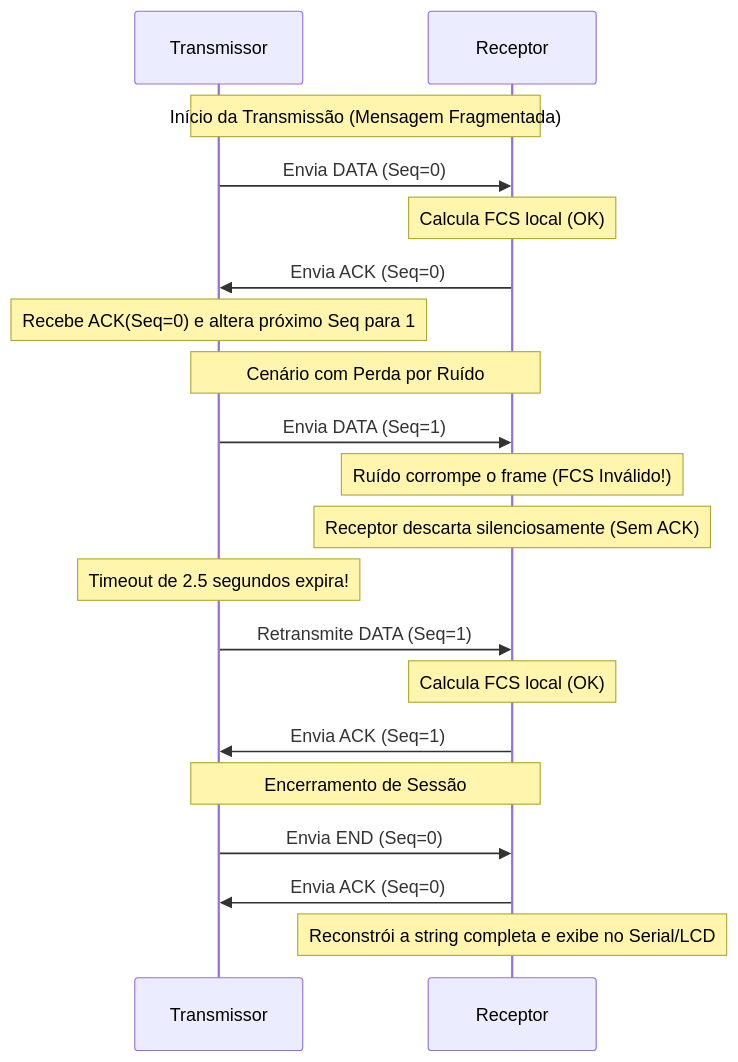
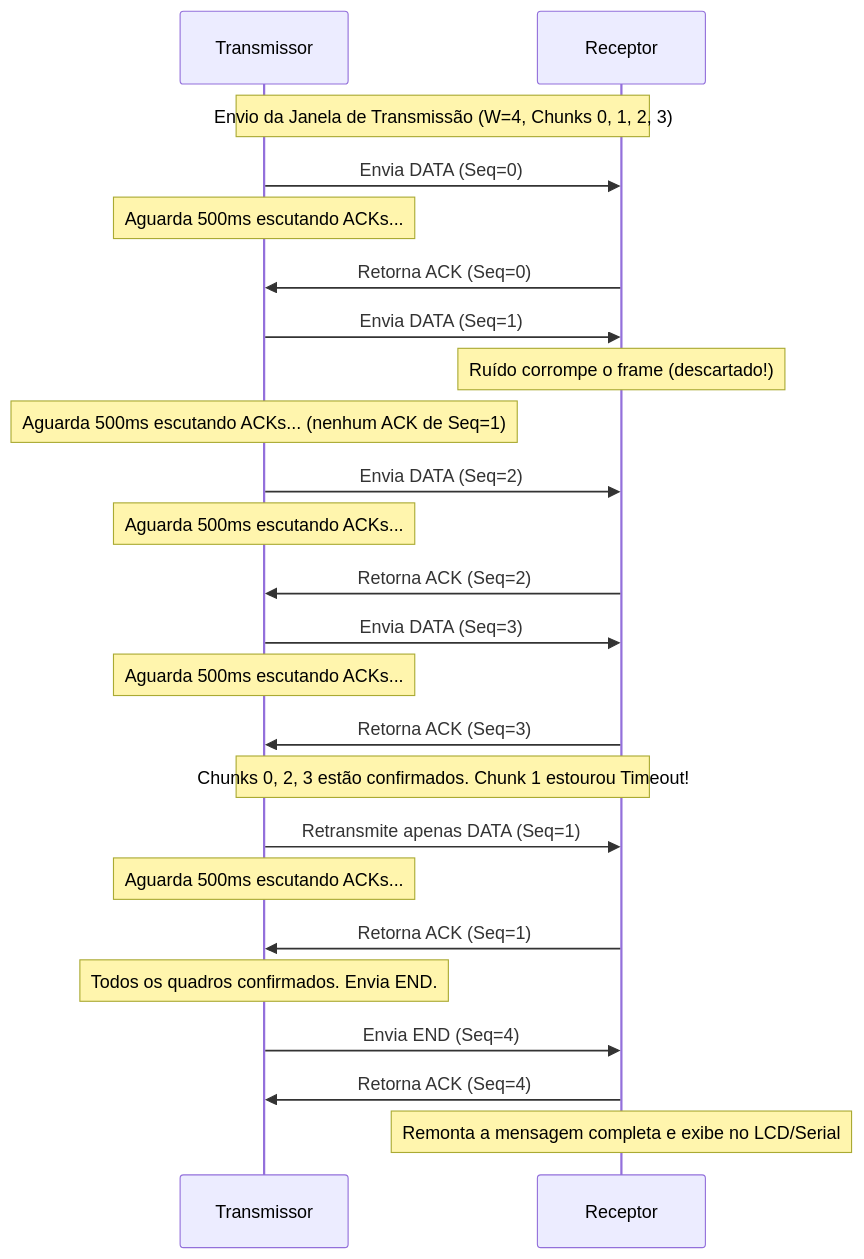
The diagram in docs/protocolo.md (mateus-s-a/ESP32-Atividade-III), drawn with Mermaid before and after one commit. The commit also changed other lines of this file and 3 other files, not shown here.

````diff
--- a/docs/protocolo.md
+++ b/docs/protocolo.md
@@ -34,25 +36,32 @@
 ```mermaid
 sequenceDiagram
     participant Transmissor
     participant Receptor
     
-    Note over Transmissor, Receptor: Início da Transmissão (Mensagem Fragmentada)
+    Note over Transmissor, Receptor: Envio da Janela de Transmissão (W=4, Chunks 0, 1, 2, 3)
     Transmissor->>Receptor: Envia DATA (Seq=0)
-    Note over Receptor: Calcula FCS local (OK)
-    Receptor->>Transmissor: Envia ACK (Seq=0)
-    Note over Transmissor: Recebe ACK(Seq=0) e altera próximo Seq para 1
+    Note over Transmissor: Aguarda 500ms escutando ACKs...
+    Receptor->>Transmissor: Retorna ACK (Seq=0)
     
-    Note over Transmissor, Receptor: Cenário com Perda por Ruído
     Transmissor->>Receptor: Envia DATA (Seq=1)
-    Note over Receptor: Ruído corrompe o frame (FCS Inválido!)
-    Note over Receptor: Receptor descarta silenciosamente (Sem ACK)
-    Note over Transmissor: Timeout de 2.5 segundos expira!
-    Transmissor->>Receptor: Retransmite DATA (Seq=1)
-    Note over Receptor: Calcula FCS local (OK)
-    Receptor->>Transmissor: Envia ACK (Seq=1)
+    Note over Receptor: Ruído corrompe o frame (descartado!)
+    Note over Transmissor: Aguarda 500ms escutando ACKs... (nenhum ACK de Seq=1)
     
-    Note over Transmissor, Receptor: Encerramento de Sessão
-    Transmissor->>Receptor: Envia END (Seq=0)
-    Receptor->>Transmissor: Envia ACK (Seq=0)
-    Note over Receptor: Reconstrói a string completa e exibe no Serial/LCD
+    Transmissor->>Receptor: Envia DATA (Seq=2)
+    Note over Transmissor: Aguarda 500ms escutando ACKs...
+    Receptor->>Transmissor: Retorna ACK (Seq=2)
+    
+    Transmissor->>Receptor: Envia DATA (Seq=3)
+    Note over Transmissor: Aguarda 500ms escutando ACKs...
+    Receptor->>Transmissor: Retorna ACK (Seq=3)
+    
+    Note over Transmissor, Receptor: Chunks 0, 2, 3 estão confirmados. Chunk 1 estourou Timeout!
+    Transmissor->>Receptor: Retransmite apenas DATA (Seq=1)
+    Note over Transmissor: Aguarda 500ms escutando ACKs...
+    Receptor->>Transmissor: Retorna ACK (Seq=1)
+    
+    Note over Transmissor: Todos os quadros confirmados. Envia END.
+    Transmissor->>Receptor: Envia END (Seq=4)
+    Receptor->>Transmissor: Retorna ACK (Seq=4)
+    Note over Receptor: Remonta a mensagem completa e exibe no LCD/Serial
 ```
````
